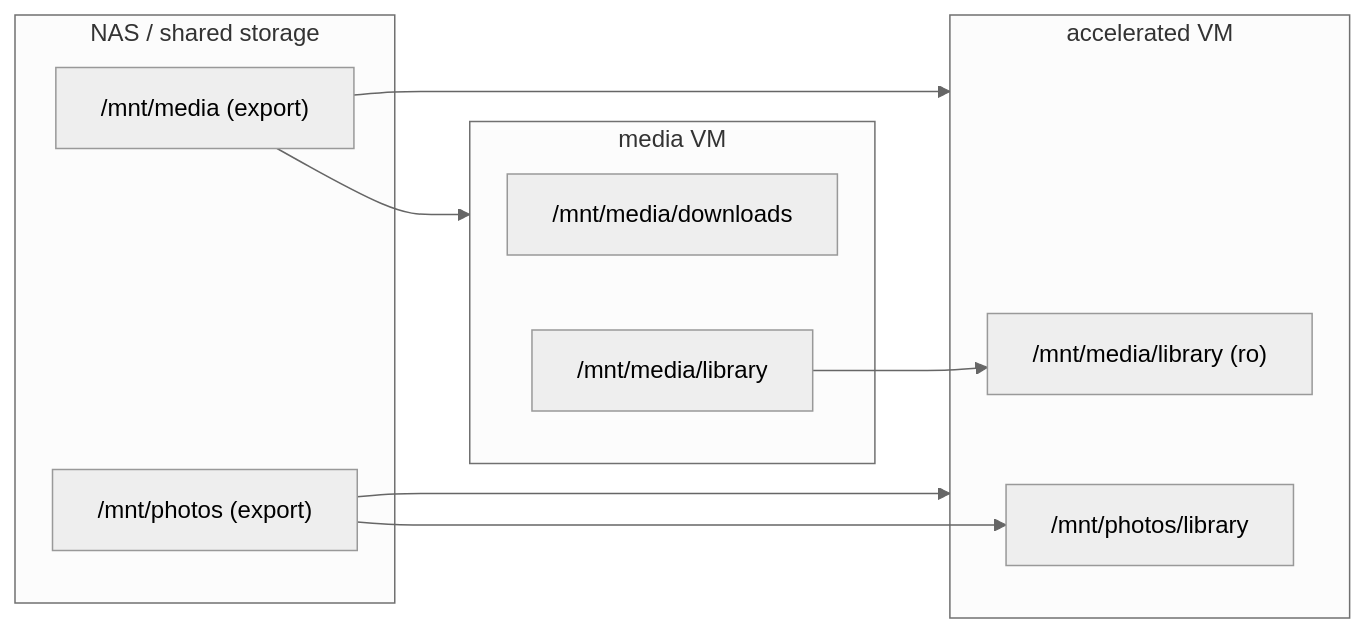
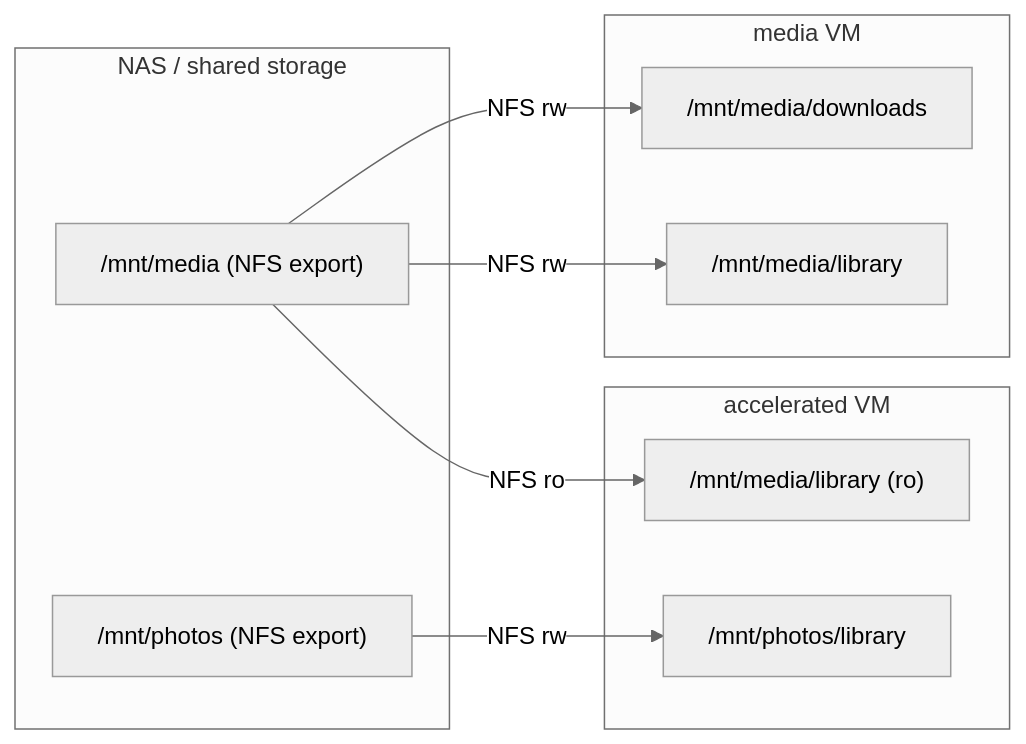
Before and after one commit to amazor/Self-Hosting: the diagram in docs/Chapter2d-accelerated.md, drawn with Mermaid (neutral theme). The commit also changed 3 other files, not shown here.

First line of the commit message:
feat(accelerated): auto-clear PLEX_CLAIM after first deploy and fix NFS diagram

````diff
--- a/docs/Chapter2d-accelerated.md
+++ b/docs/Chapter2d-accelerated.md
@@ -207,24 +207,22 @@
 ```mermaid
 flowchart LR
     subgraph NAS["NAS / shared storage"]
-        MediaRoot["/mnt/media (export)"]
-        PhotosRoot["/mnt/photos (export)"]
+        MediaRoot["/mnt/media (NFS export)"]
+        PhotosRoot["/mnt/photos (NFS export)"]
     end
 
     subgraph MediaVM["media VM"]
         MediaDownloads["/mnt/media/downloads"]
         MediaLibrary["/mnt/media/library"]
     end
 
     subgraph AccelVM["accelerated VM"]
         PlexView["/mnt/media/library (ro)"]
         ImmichView["/mnt/photos/library"]
     end
 
-    MediaRoot --> MediaVM
-    PhotosRoot --> AccelVM
-    MediaRoot --> AccelVM
-
-    MediaLibrary --> PlexView
-    PhotosRoot --> ImmichView
+    MediaRoot -->|NFS rw| MediaDownloads
+    MediaRoot -->|NFS rw| MediaLibrary
+    MediaRoot -->|NFS ro| PlexView
+    PhotosRoot -->|NFS rw| ImmichView
 ```
````
